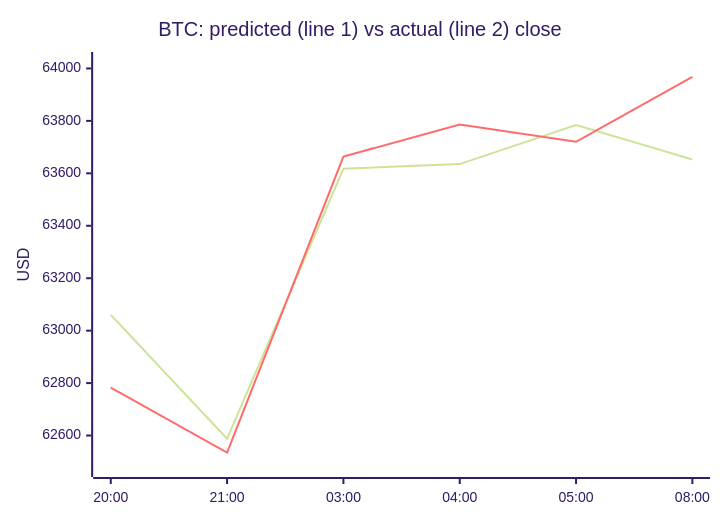
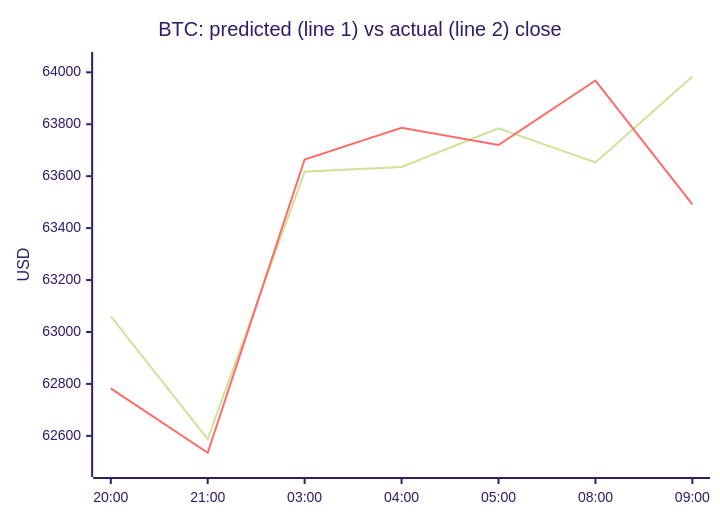
The first of 4 diagrams in README.md (samuelkreitl-wq/crypto-hourly-forecaster), drawn with Mermaid (forest theme) before and after one commit. The commit also changed other lines of this file and 14 other files, not shown here.

````diff
--- a/README.md
+++ b/README.md
@@ -38,8 +38,8 @@
 ```mermaid
 xychart-beta
     title "BTC: predicted (line 1) vs actual (line 2) close"
-    x-axis ["20:00", "21:00", "03:00", "04:00", "05:00", "08:00"]
-    y-axis "USD" 62472.3651 --> 64032.2683
-    line [63060.3716, 62587.6439, 63617.4254, 63635.2318, 63784.5035, 63653.0941]
-    line [62782.7000, 62534.9000, 63664.0000, 63786.4000, 63720.2000, 63968.3000]
+    x-axis ["20:00", "21:00", "03:00", "04:00", "05:00", "08:00", "09:00"]
+    y-axis "USD" 62472.3651 --> 64047.4023
+    line [63060.3716, 62587.6439, 63617.4254, 63635.2318, 63784.5035, 63653.0941, 63983.4189]
+    line [62782.7000, 62534.9000, 63664.0000, 63786.4000, 63720.2000, 63968.3000, 63491.0000]
 ```
````
